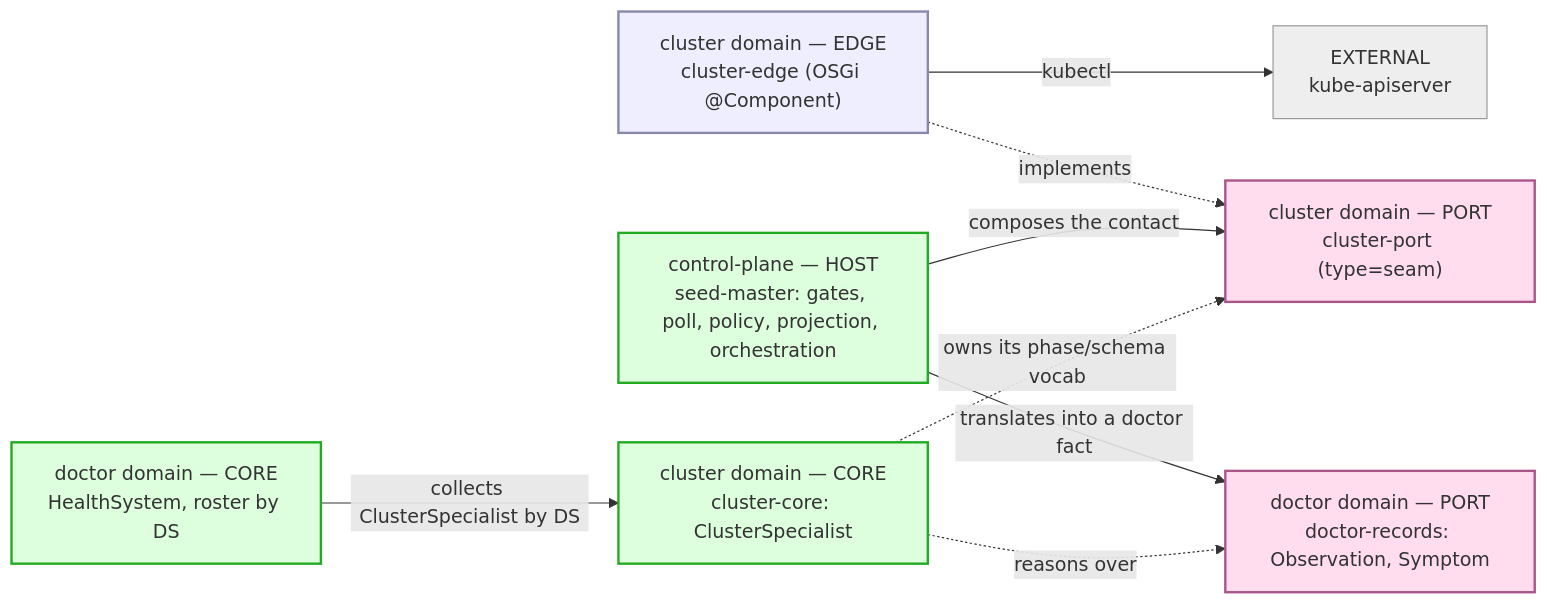
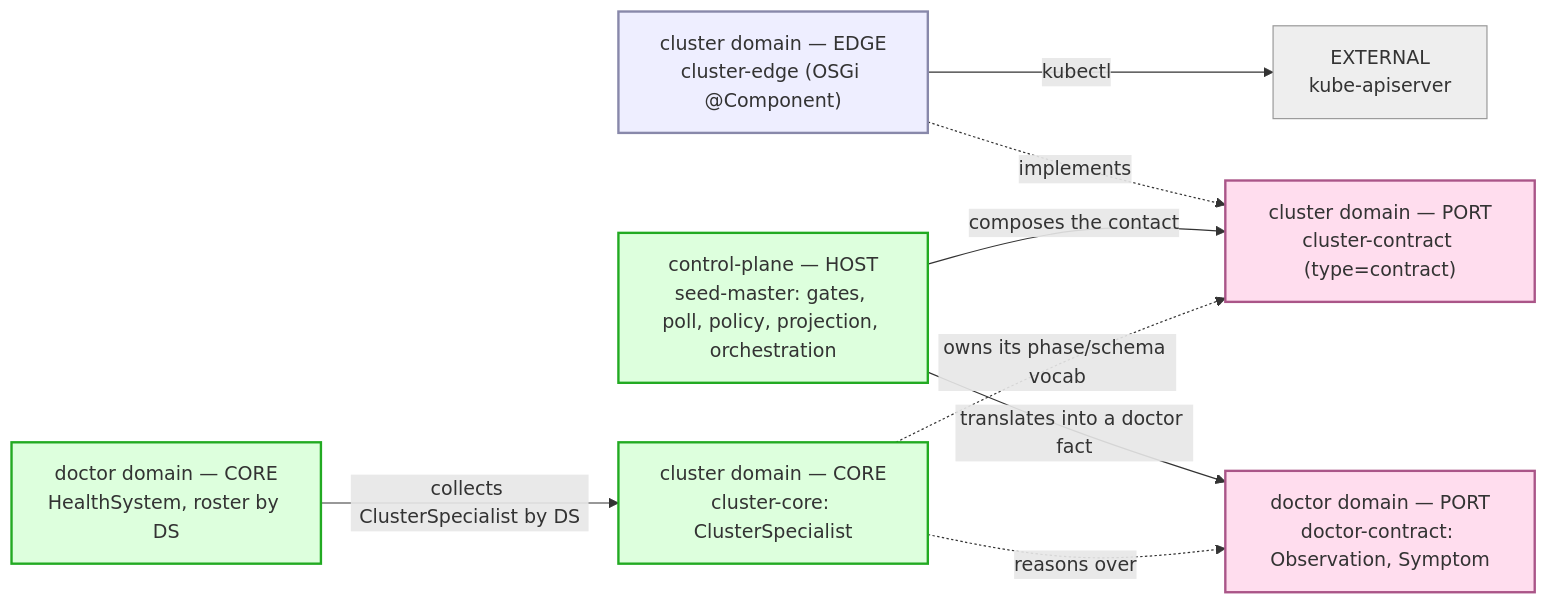
One commit to nxmatic/rke2lab changed the fifth of 5 diagrams in docs/architecture/osgi/cluster-edge-spec.adoc. Above: the diagram before and after it, drawn with Mermaid. The commit also changed other lines of this file and 25 other files, not shown here.

```diff
--- a/docs/architecture/osgi/cluster-edge-spec.adoc
+++ b/docs/architecture/osgi/cluster-edge-spec.adoc
@@ -265,27 +265,27 @@
 [mermaid]
 ....
 flowchart LR
   world["EXTERNAL<br/>kube-apiserver"]
   edge["cluster domain — EDGE<br/>cluster-edge (OSGi @Component)"]
-  cport["cluster domain — PORT<br/>cluster-port (type=seam)"]
+  cport["cluster domain — PORT<br/>cluster-contract (type=contract)"]
   ccore["cluster domain — CORE<br/>cluster-core: ClusterSpecialist"]
   host["control-plane — HOST<br/>seed-master: gates, poll, policy, projection, orchestration"]
-  dport["doctor domain — PORT<br/>doctor-records: Observation, Symptom"]
+  dport["doctor domain — PORT<br/>doctor-contract: Observation, Symptom"]
   doctor["doctor domain — CORE<br/>HealthSystem, roster by DS"]
   edge -->|kubectl| world
   edge -.->|implements| cport
   host -->|composes the contact| cport
   host -->|translates into a doctor fact| dport
   ccore -.->|reasons over| dport
   ccore -.->|owns its phase/schema vocab| cport
   doctor -->|collects ClusterSpecialist by DS| ccore
   classDef e fill:#eef,stroke:#88a,stroke-width:2px;
   classDef p fill:#fde,stroke:#a58,stroke-width:2px;
   classDef h fill:#dfd,stroke:#2a2,stroke-width:2px;
   classDef c fill:#dfd,stroke:#2a2,stroke-width:2px;
   classDef w fill:#eee,stroke:#999,stroke-width:1px;
   class edge e;
   class cport,dport p;
   class host,doctor,ccore c;
   class world w;
 ....
```
